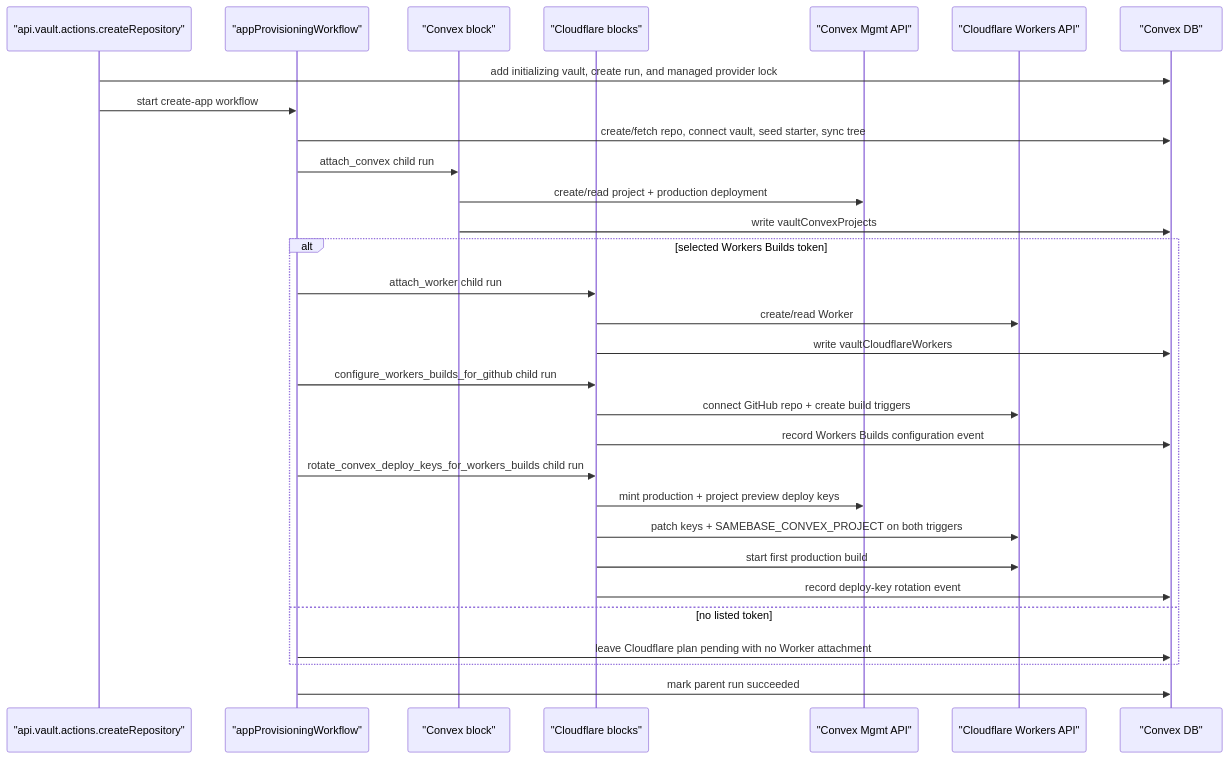
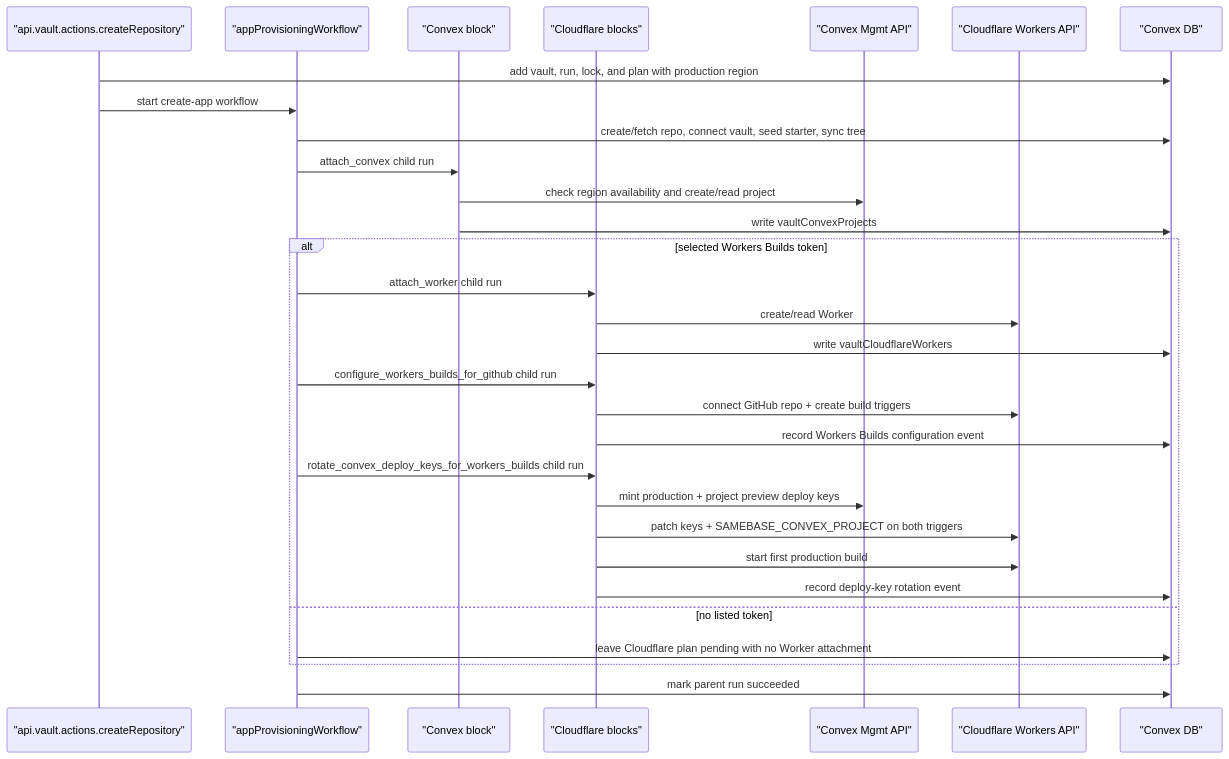
The diagram in specs/003_VAULT_INFRA_PROVISIONING_SPEC.md (samebase/samebase), drawn with Mermaid before and after one commit. The commit also changed other lines of this file and 75 other files, not shown here.

Commit message:
Add Convex production region selection

````diff
--- a/specs/003_VAULT_INFRA_PROVISIONING_SPEC.md
+++ b/specs/003_VAULT_INFRA_PROVISIONING_SPEC.md
@@ -418,33 +442,33 @@
 ```mermaid
 sequenceDiagram
   participant VA as "api.vault.actions.createRepository"
   participant WF as "appProvisioningWorkflow"
   participant CVXB as "Convex block"
   participant CFB as "Cloudflare blocks"
   participant CVX as "Convex Mgmt API"
   participant CFL as "Cloudflare Workers API"
   participant DB as "Convex DB"
 
-  VA->>DB: add initializing vault, create run, and managed provider lock
+  VA->>DB: add vault, run, lock, and plan with production region
   VA->>WF: start create-app workflow
   WF->>DB: create/fetch repo, connect vault, seed starter, sync tree
   WF->>CVXB: attach_convex child run
-  CVXB->>CVX: create/read project + production deployment
+  CVXB->>CVX: check region availability and create/read project
   CVXB->>DB: write vaultConvexProjects
   alt selected Workers Builds token
     WF->>CFB: attach_worker child run
     CFB->>CFL: create/read Worker
     CFB->>DB: write vaultCloudflareWorkers
     WF->>CFB: configure_workers_builds_for_github child run
     CFB->>CFL: connect GitHub repo + create build triggers
     CFB->>DB: record Workers Builds configuration event
     WF->>CFB: rotate_convex_deploy_keys_for_workers_builds child run
     CFB->>CVX: mint production + project preview deploy keys
     CFB->>CFL: patch keys + SAMEBASE_CONVEX_PROJECT on both triggers
     CFB->>CFL: start first production build
     CFB->>DB: record deploy-key rotation event
   else no listed token
     WF->>DB: leave Cloudflare plan pending with no Worker attachment
   end
   WF->>DB: mark parent run succeeded
 ```
````
